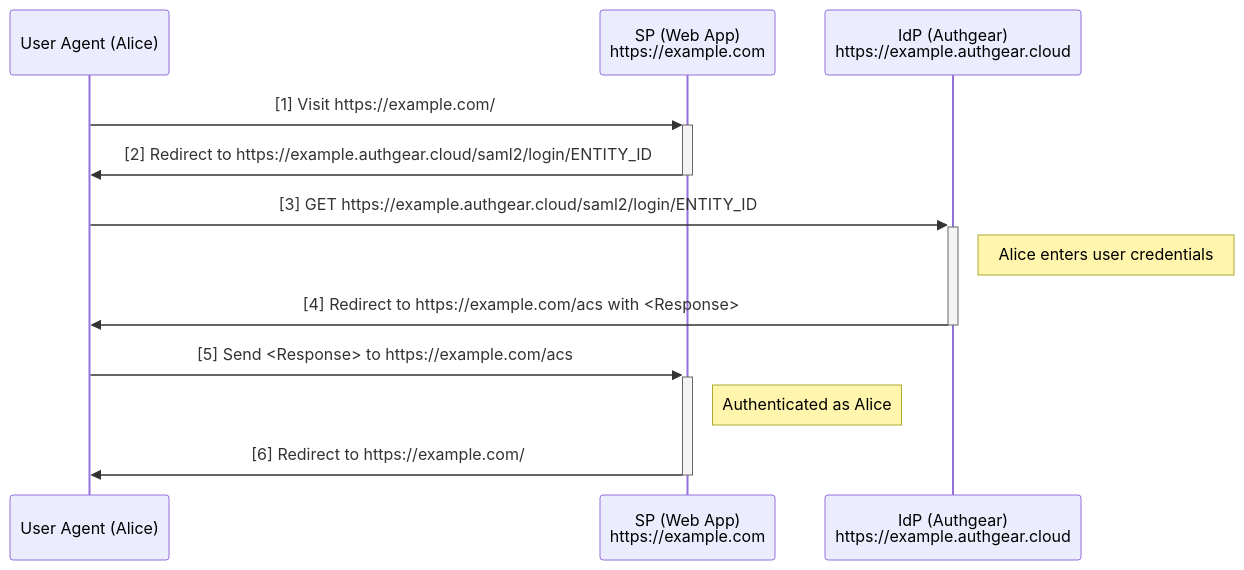
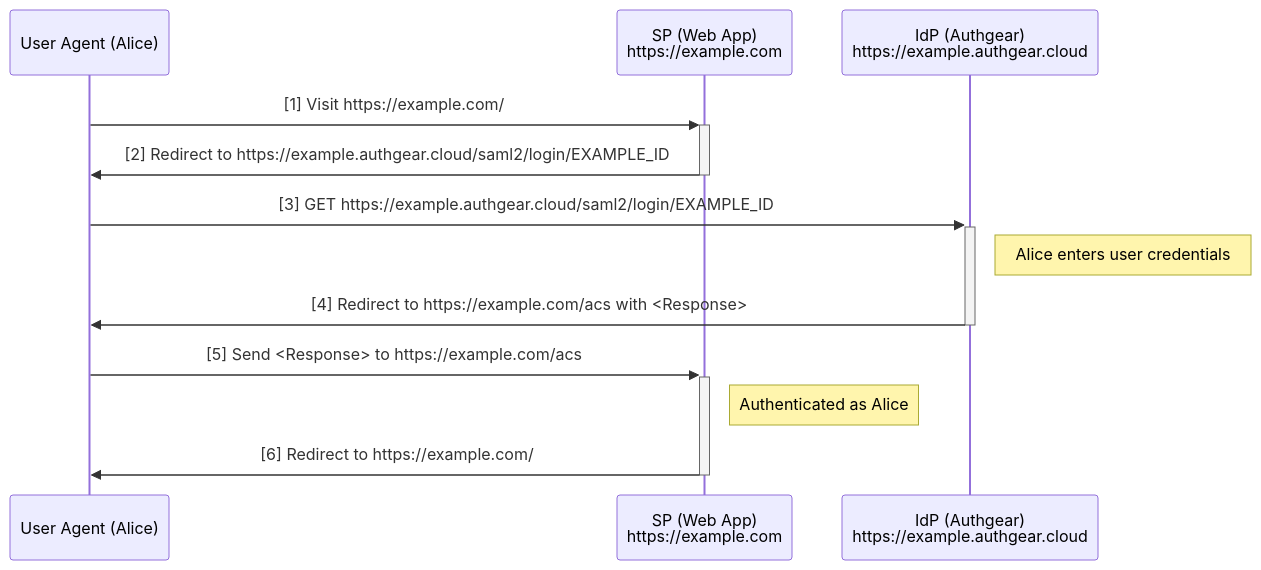
One commit to authgear/authgear-server changed the second of 3 diagrams in docs/specs/saml.md. Above: the diagram before and after it, drawn with Mermaid. The commit also changed other lines of this file, not shown here.

Commit message:
Completly remove service provider entity id in the whole spec

````diff
--- a/docs/specs/saml.md
+++ b/docs/specs/saml.md
@@ -69,15 +69,15 @@
 ```mermaid
 sequenceDiagram
     participant ua as User Agent (Alice)
     participant sp as SP (Web App) <br/> https://example.com
     participant ag as IdP (Authgear) <br/> https://example.authgear.cloud
     ua->>+sp: [1] Visit https://example.com/
-    sp->>-ua: [2] Redirect to https://example.authgear.cloud/saml2/login/ENTITY_ID
-    ua->>+ag: [3] GET https://example.authgear.cloud/saml2/login/ENTITY_ID
+    sp->>-ua: [2] Redirect to https://example.authgear.cloud/saml2/login/EXAMPLE_ID
+    ua->>+ag: [3] GET https://example.authgear.cloud/saml2/login/EXAMPLE_ID
     Note right of ag: Alice enters user credentials
     ag->>-ua: [4] Redirect to https://example.com/acs with <Response>
     ua->>+sp: [5] Send <Response> to https://example.com/acs
     Note right of sp: Authenticated as Alice
     sp->>-ua: [6] Redirect to https://example.com/
 
 ```
````
